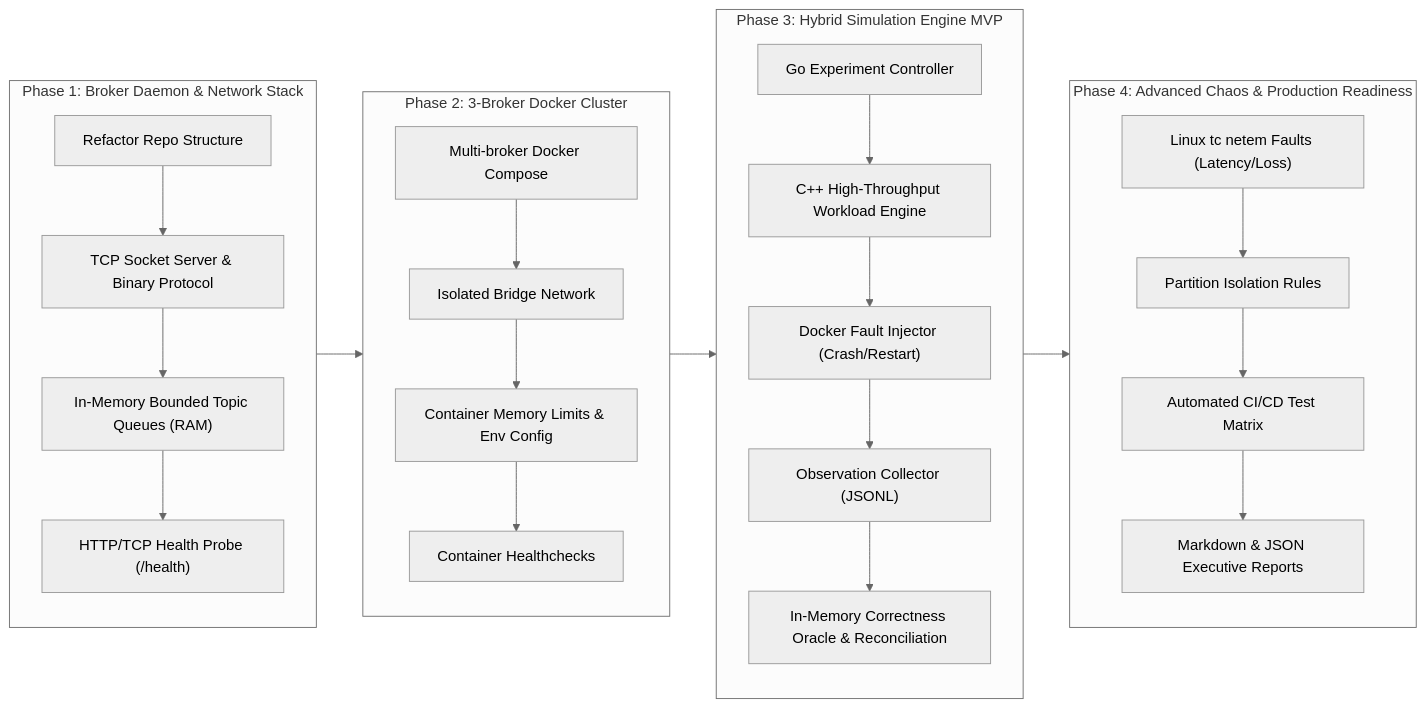
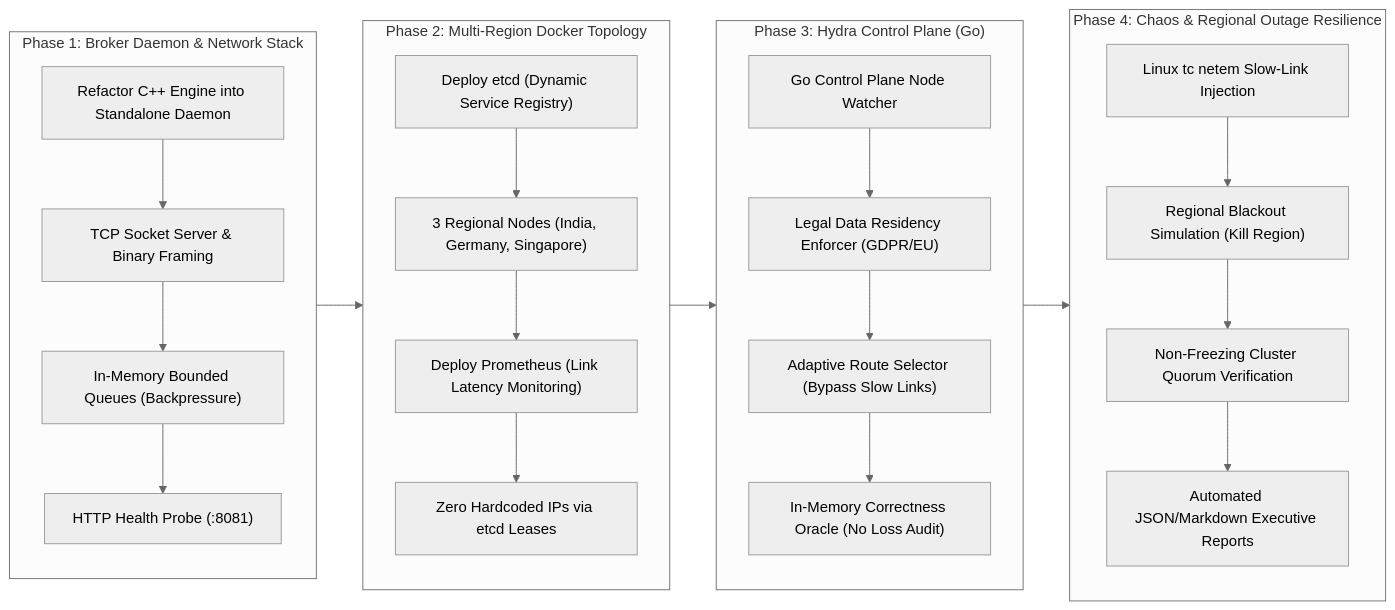
Before and after one commit to ansh0014/Hydra-Stream: the first of 8 diagrams in docs/system-diagrams.md, drawn with Mermaid (neutral theme). The commit also changed other lines of this file and 12 other files, not shown here.

Commit message:
docs: align documentation with multi-region geo-resilience and Hydra Control Plane architecture

````diff
--- a/docs/system-diagrams.md
+++ b/docs/system-diagrams.md
@@ -9,35 +9,34 @@
 ```mermaid
 flowchart LR
     subgraph P1["Phase 1: Broker Daemon & Network Stack"]
         direction TB
-        P1_A["Refactor Repo Structure"] --> P1_B["TCP Socket Server & Binary Protocol"]
-        P1_B --> P1_C["In-Memory Bounded Topic Queues (RAM)"]
-        P1_C --> P1_D["HTTP/TCP Health Probe (/health)"]
+        P1_A["Refactor C++ Engine into Standalone Daemon"] --> P1_B["TCP Socket Server & Binary Framing"]
+        P1_B --> P1_C["In-Memory Bounded Queues (Backpressure)"]
+        P1_C --> P1_D["HTTP Health Probe (:8081)"]
     end
 
-    subgraph P2["Phase 2: 3-Broker Docker Cluster"]
+    subgraph P2["Phase 2: Multi-Region Docker Topology"]
         direction TB
-        P2_A["Multi-broker Docker Compose"] --> P2_B["Isolated Bridge Network"]
-        P2_B --> P2_C["Container Memory Limits & Env Config"]
-        P2_C --> P2_D["Container Healthchecks"]
+        P2_A["Deploy etcd (Dynamic Service Registry)"] --> P2_B["3 Regional Nodes (India, Germany, Singapore)"]
+        P2_B --> P2_C["Deploy Prometheus (Link Latency Monitoring)"]
+        P2_C --> P2_D["Zero Hardcoded IPs via etcd Leases"]
     end
 
-    subgraph P3["Phase 3: Hybrid Simulation Engine MVP"]
+    subgraph P3["Phase 3: Hydra Control Plane (Go)"]
         direction TB
-        P3_A["Go Experiment Controller"] --> P3_B["C++ High-Throughput Workload Engine"]
-        P3_B --> P3_C["Docker Fault Injector (Crash/Restart)"]
-        P3_C --> P3_D["Observation Collector (JSONL)"]
-        P3_D --> P3_E["In-Memory Correctness Oracle & Reconciliation"]
+        P3_A["Go Control Plane Node Watcher"] --> P3_B["Legal Data Residency Enforcer (GDPR/EU)"]
+        P3_B --> P3_C["Adaptive Route Selector (Bypass Slow Links)"]
+        P3_C --> P3_D["In-Memory Correctness Oracle (No Loss Audit)"]
     end
 
-    subgraph P4["Phase 4: Advanced Chaos & Production Readiness"]
+    subgraph P4["Phase 4: Chaos & Regional Outage Resilience"]
         direction TB
-        P4_A["Linux tc netem Faults (Latency/Loss)"] --> P4_B["Partition Isolation Rules"]
-        P4_B --> P4_C["Automated CI/CD Test Matrix"]
-        P4_C --> P4_D["Markdown & JSON Executive Reports"]
+        P4_A["Linux tc netem Slow-Link Injection"] --> P4_B["Regional Blackout Simulation (Kill Region)"]
+        P4_B --> P4_C["Non-Freezing Cluster Quorum Verification"]
+        P4_C --> P4_D["Automated JSON/Markdown Executive Reports"]
     end
 
     P1 --> P2
     P2 --> P3
     P3 --> P4
 ```
````
